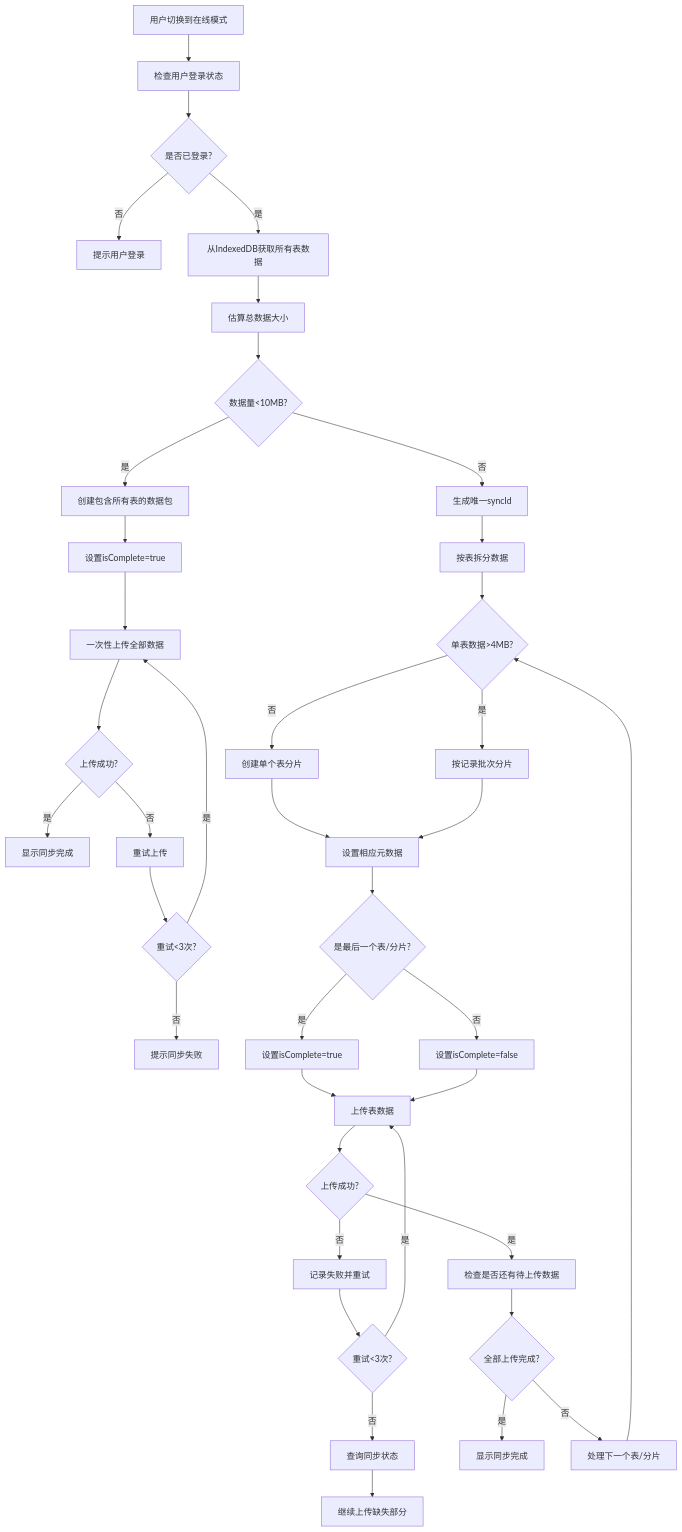
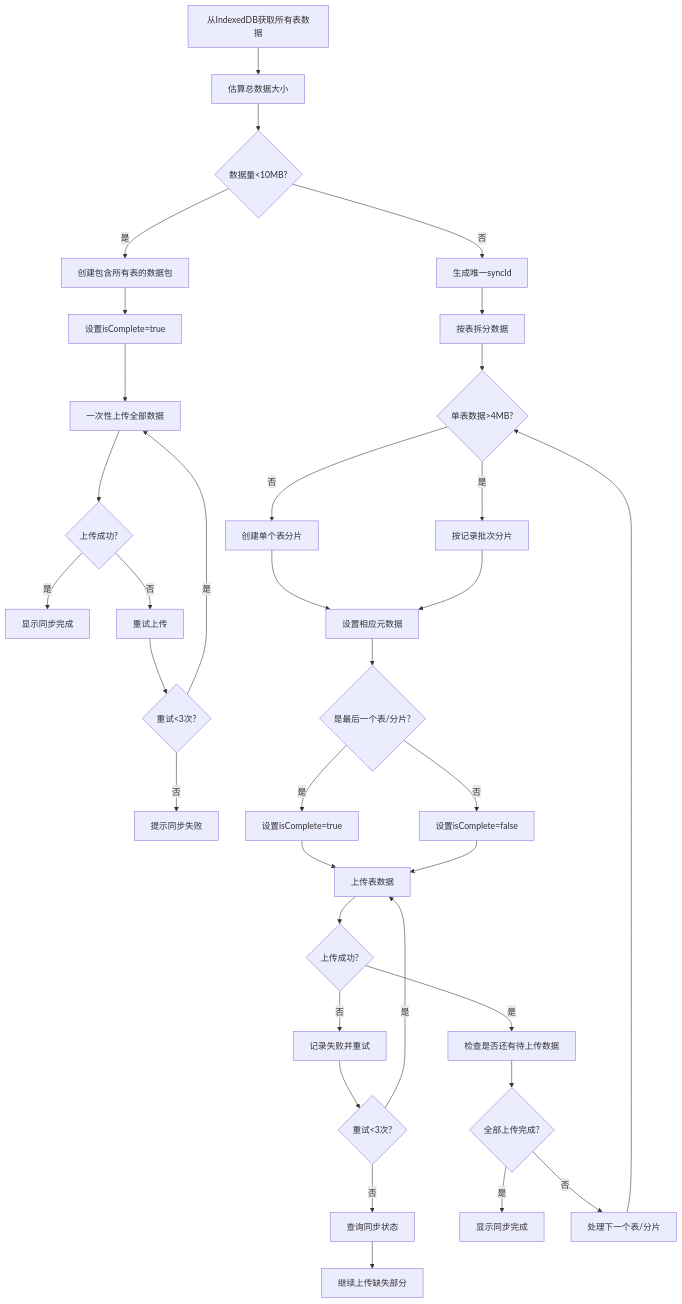
One commit to yingjianzh/iodraw-files changed the diagram in all/未命名-59.md. Above: the diagram before and after it, drawn with Mermaid.

Commit message:
2025-05-14 18:29:32 update

````diff
--- a/all/未命名-59.md
+++ b/all/未命名-59.md
@@ -1,45 +1,42 @@
 ```mermaid
 flowchart TD
-    A[用户切换到在线模式] --> B[检查用户登录状态]
-    B --> C{是否已登录?}
-    C -->|否| D[提示用户登录]
-    C -->|是| E[从IndexedDB获取所有表数据]
+   E[从IndexedDB获取所有表数据]
     E --> F[估算总数据大小]
     F --> G{数据量<10MB?}
     
     %% 小数据量处理流程
     G -->|是| H[创建包含所有表的数据包]
     H --> I[设置isComplete=true]
     I --> J[一次性上传全部数据]
     J --> K{上传成功?}
     K -->|是| L[显示同步完成]
     K -->|否| M[重试上传]
     M --> N{重试<3次?}
     N -->|是| J
     N -->|否| O[提示同步失败]
     
     %% 中大数据量处理流程
     G -->|否| P[生成唯一syncId]
     P --> Q[按表拆分数据]
     Q --> R{单表数据>4MB?}
     R -->|否| S[创建单个表分片]
     R -->|是| T[按记录批次分片]
     S --> U[设置相应元数据]
     T --> U
     U --> V{是最后一个表/分片?}
     V -->|是| W[设置isComplete=true]
     V -->|否| X[设置isComplete=false]
     W --> Y[上传表数据]
     X --> Y
     Y --> Z{上传成功?}
     Z -->|是| AA[检查是否还有待上传数据]
     Z -->|否| AB[记录失败并重试]
     AB --> AC{重试<3次?}
     AC -->|是| Y
     AC -->|否| AD[查询同步状态]
     AD --> AE[继续上传缺失部分]
     AA --> AF{全部上传完成?}
     AF -->|是| AG[显示同步完成]
     AF -->|否| AH[处理下一个表/分片]
     AH --> R
 ```
````
